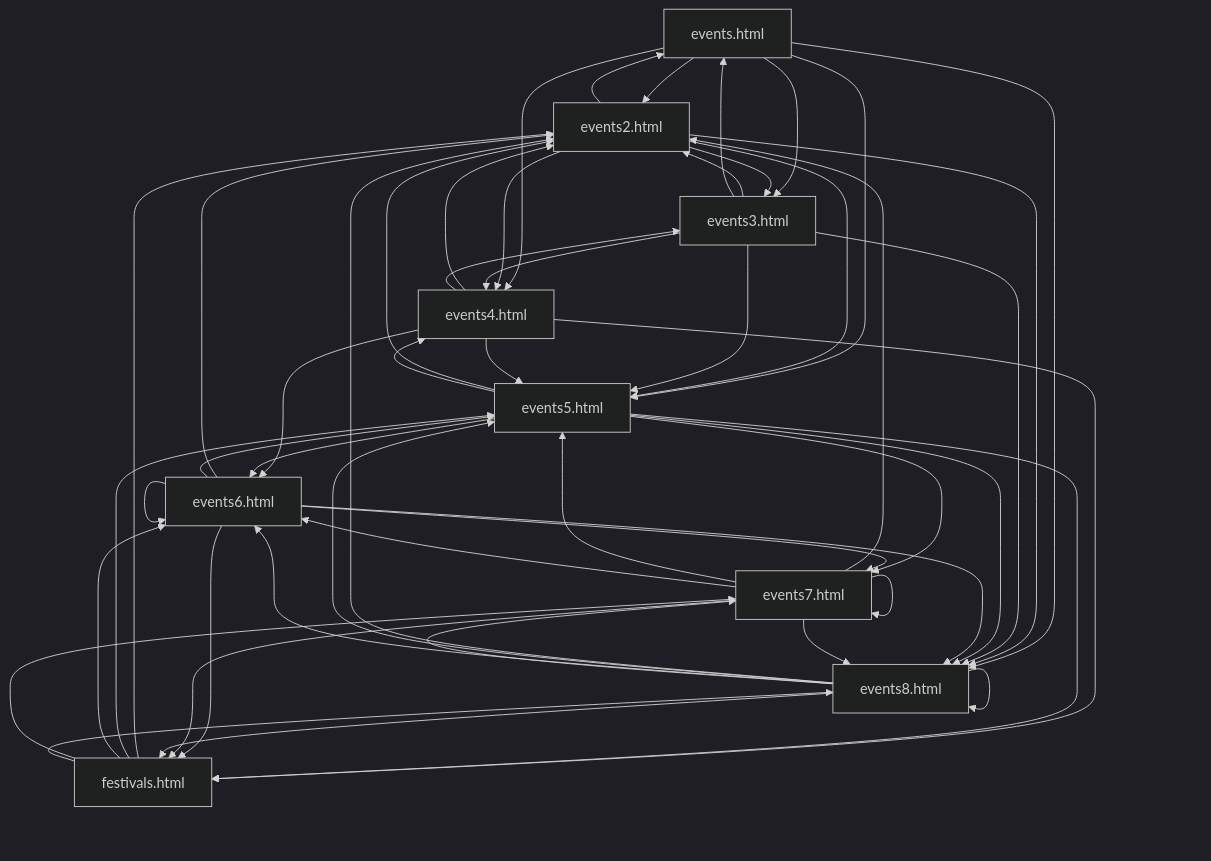
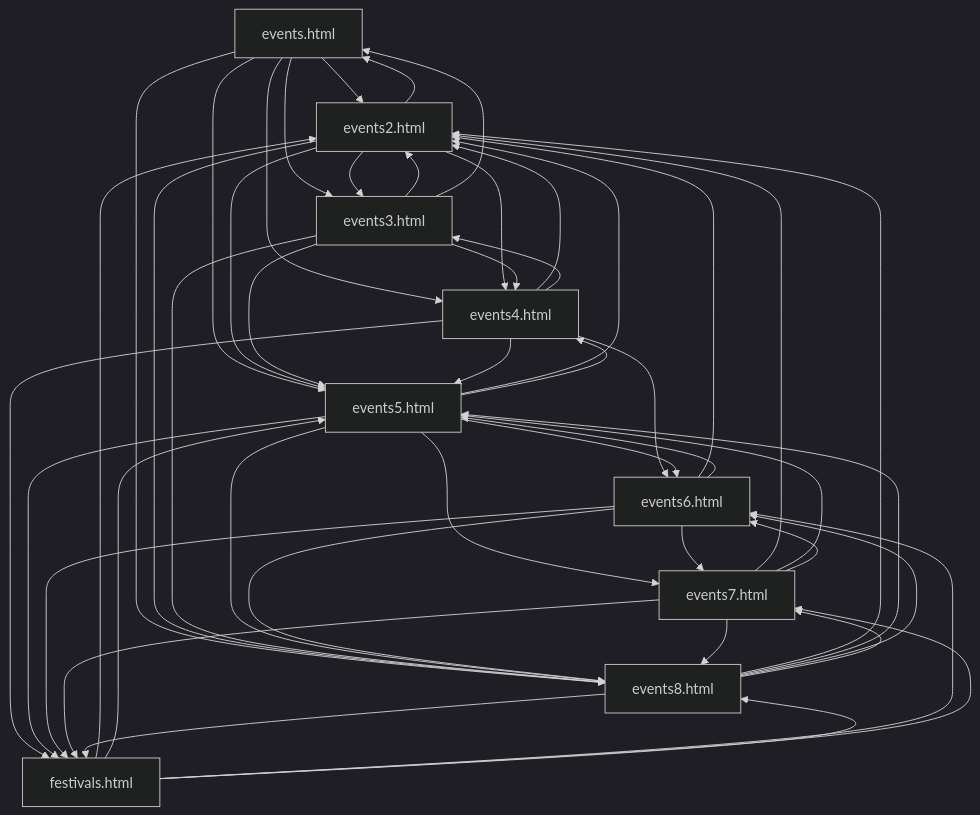
Before and after one commit to yeshuati7/yeshuati7.github.io: the second of 2 diagrams in README.md, drawn with Mermaid (dark theme).

````diff
--- a/README.md
+++ b/README.md
@@ -25,61 +25,58 @@
 ```mermaid
 graph TD;
     events.html-->events2.html
     events.html-->events3.html
     events.html-->events4.html
     events.html-->events5.html
     events.html-->events8.html;
 
     events2.html-->events.html
     events2.html-->events3.html
     events2.html-->events4.html
     events2.html-->events5.html
     events2.html-->events8.html;
 
     events3.html-->events2.html
     events3.html-->events.html
     events3.html-->events4.html
     events3.html-->events5.html
     events3.html-->events8.html;
 
     events4.html-->events2.html
     events4.html-->events3.html
     events4.html-->events5.html
     events4.html-->events6.html
     events4.html-->festivals.html;
 
     events5.html-->events2.html
     events5.html-->events4.html
     events5.html-->events6.html
     events5.html-->events7.html
     events5.html-->events8.html
     events5.html-->festivals.html;
 
     events6.html-->events2.html
     events6.html-->events5.html
-    events6.html-->events6.html
     events6.html-->events7.html
     events6.html-->events8.html
     events6.html-->festivals.html;
 
     events7.html-->events2.html
     events7.html-->events5.html
     events7.html-->events6.html
-    events7.html-->events7.html
     events7.html-->events8.html
     events7.html-->festivals.html;
 
     events8.html-->events2.html
     events8.html-->events5.html
     events8.html-->events6.html
     events8.html-->events7.html
-    events8.html-->events8.html
     events8.html-->festivals.html;
 
     festivals.html-->events2.html
     festivals.html-->events5.html
     festivals.html-->events6.html
     festivals.html-->events7.html
     festivals.html-->events8.html;
 
 ```
````
